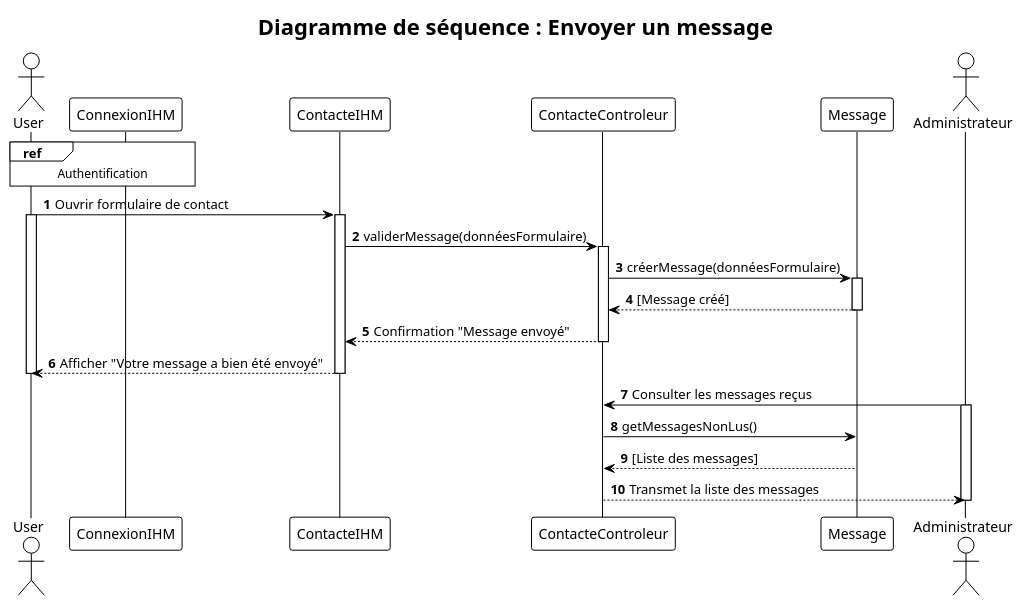
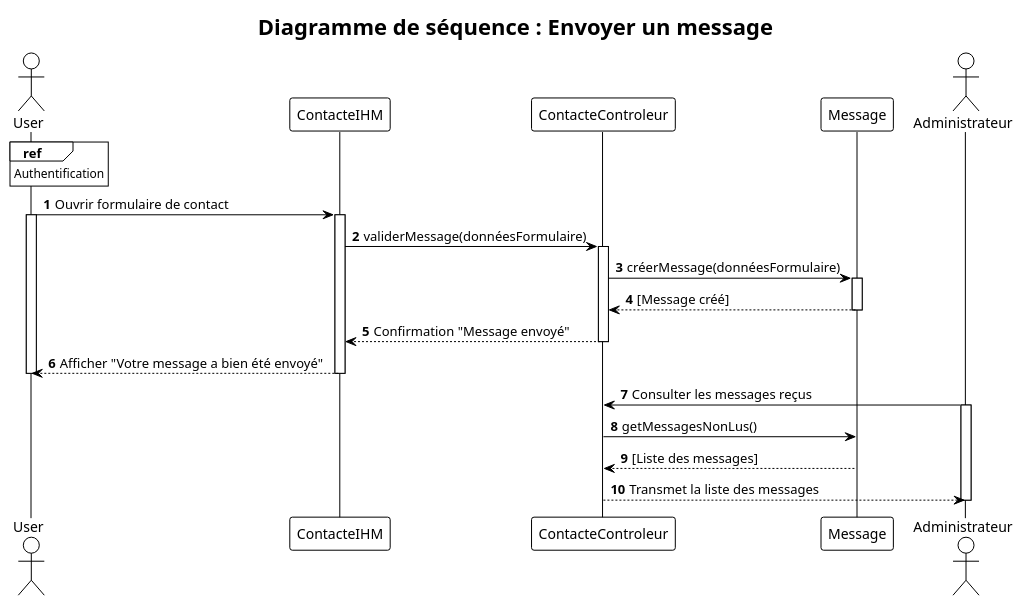
Before and after one commit to MehediT/BoutiqueLigneAudiovisuels: the diagram in SequenceV2/ContactAndMessagerie.puml, drawn with PlantUML. The commit also changed 7 other files, not shown here.

```diff
--- a/SequenceV2/ContactAndMessagerie.puml
+++ b/SequenceV2/ContactAndMessagerie.puml
@@ -1,42 +1,41 @@
 @startuml
 !theme plain
 autonumber
 
 actor "User" as U
-participant "ConnexionIHM" as ConnIHM
 participant "ContacteIHM" as CIHM
 participant "ContacteControleur" as CCTRL
 participant "Message" as M
 actor "Administrateur" as A
 
 title Diagramme de séquence : Envoyer un message
 
-ref over U, ConnIHM : Authentification
+ref over U : Authentification
 
 U -> CIHM : Ouvrir formulaire de contact
 activate U
 activate CIHM
 
 CIHM -> CCTRL : validerMessage(donnéesFormulaire)
 activate CCTRL
 
 CCTRL -> M : créerMessage(donnéesFormulaire)
 activate M
 M --> CCTRL : [Message créé]
 deactivate M
 
 CCTRL --> CIHM : Confirmation "Message envoyé"
 deactivate CCTRL
 
 CIHM --> U : Afficher "Votre message a bien été envoyé"
 deactivate CIHM
 deactivate U
 
 A -> CCTRL : Consulter les messages reçus
 activate A
 CCTRL -> M : getMessagesNonLus()
 M --> CCTRL : [Liste des messages]
 CCTRL --> A : Transmet la liste des messages
 deactivate CCTRL
 deactivate A
 @enduml
```
